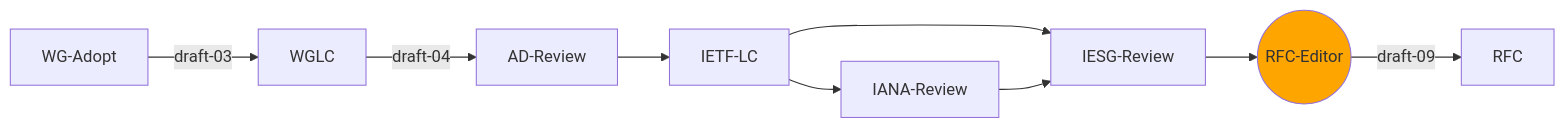
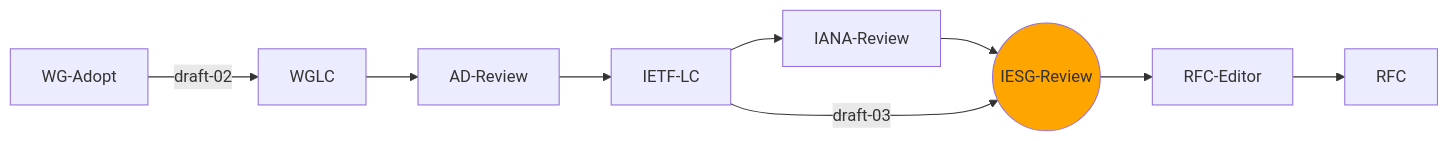
The first of 12 diagrams in index.md (ietf-wg-httpapi/ietf-wg-httpapi.github.io), drawn with Mermaid before and after one commit.

Commit message:
Updated for IETF119

````diff
--- a/index.md
+++ b/index.md
@@ -23,16 +24,17 @@
 ```mermaid
 graph LR
     classDef current fill:orange
     classDef lastIETF fill:pink
 
-    WG-Adopt --draft-03--> WGLC
-    WGLC --draft-04--> AD-Review
+    WG-Adopt --draft-02--> WGLC
+    WGLC --> AD-Review
     AD-Review --> IETF-LC
-    IETF-LC --> IESG-Review
     IETF-LC --> IANA-Review
-    IANA-Review --> IESG-Review
-    IESG-Review --> RFC-Editor((RFC-Editor))
-    RFC-Editor --draft-09--> RFC
-    
-    class RFC-Editor current
+    IANA-Review --> IESG-Review((IESG-Review))
+    IETF-LC --draft-03--> IESG-Review
+    IESG-Review --> RFC-Editor
+    RFC-Editor --> RFC   
+
+    class IESG-Review current
+
 ```
````
